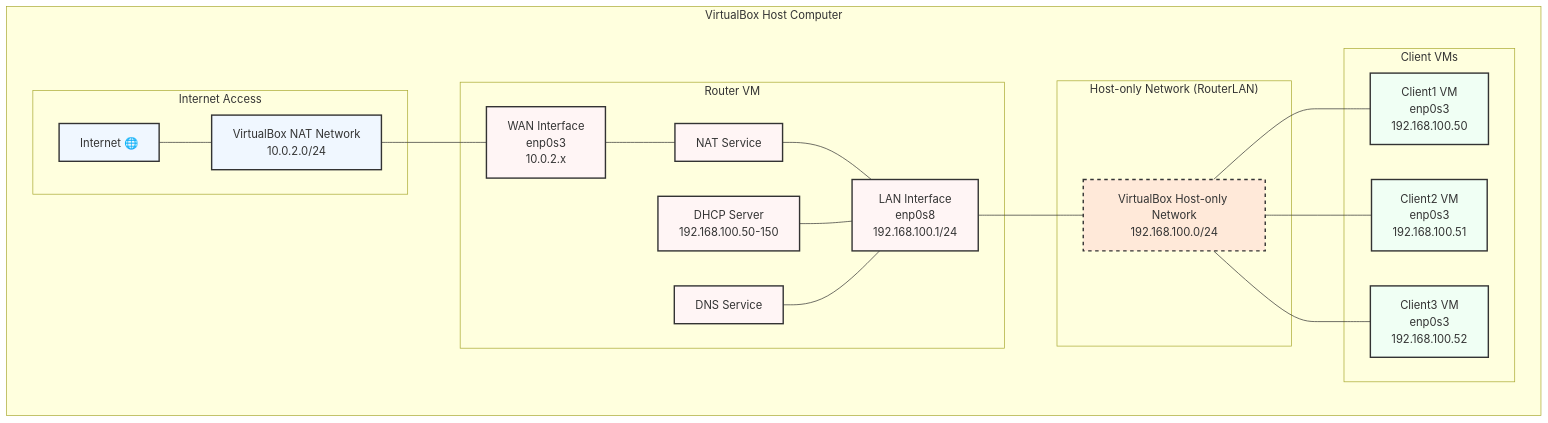
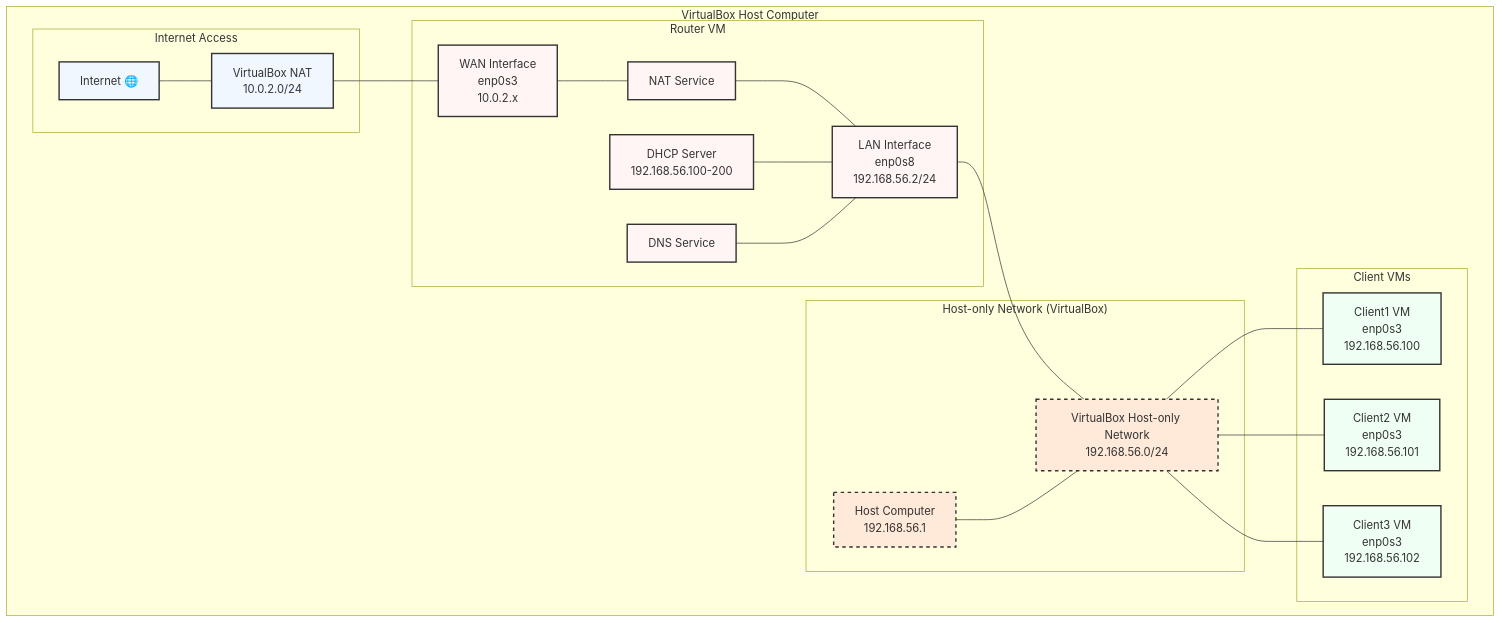
The diagram in Labs/Lab_13_1Linux_Router_Virutalbox.md (Haapsalu-Kutsehariduskeskus/av), drawn with Mermaid before and after one commit. The commit also changed other lines of this file, not shown here.

````diff
--- a/Labs/Lab_13_1Linux_Router_Virutalbox.md
+++ b/Labs/Lab_13_1Linux_Router_Virutalbox.md
@@ -21,49 +10,51 @@
 ```mermaid
 graph TD
     subgraph "VirtualBox Host Computer"
         subgraph "Internet Access"
             Internet[Internet 🌐]
-            NATNetwork[VirtualBox NAT Network\n10.0.2.0/24]
+            NAT[VirtualBox NAT\n10.0.2.0/24]
         end
         
         subgraph "Router VM"
             R_WAN[WAN Interface\nenp0s3\n10.0.2.x]
-            R_LAN[LAN Interface\nenp0s8\n192.168.100.1/24]
-            NAT[NAT Service]
-            DHCP[DHCP Server\n192.168.100.50-150]
+            R_LAN[LAN Interface\nenp0s8\n192.168.56.2/24]
+            NAT_Service[NAT Service]
+            DHCP[DHCP Server\n192.168.56.100-200]
             DNS[DNS Service]
             
-            R_WAN --- NAT
-            NAT --- R_LAN
+            R_WAN --- NAT_Service
+            NAT_Service --- R_LAN
             DHCP --- R_LAN
             DNS --- R_LAN
         end
         
-        subgraph "Host-only Network (RouterLAN)"
-            HostNet[VirtualBox Host-only Network\n192.168.100.0/24]
+        subgraph "Host-only Network (VirtualBox)"
+            HostNet[VirtualBox Host-only Network\n192.168.56.0/24]
+            HostInterface[Host Computer\n192.168.56.1]
         end
         
         subgraph "Client VMs"
-            C1[Client1 VM\nenp0s3\n192.168.100.50]
-            C2[Client2 VM\nenp0s3\n192.168.100.51]
-            C3[Client3 VM\nenp0s3\n192.168.100.52]
+            C1[Client1 VM\nenp0s3\n192.168.56.100]
+            C2[Client2 VM\nenp0s3\n192.168.56.101]
+            C3[Client3 VM\nenp0s3\n192.168.56.102]
         end
         
-        Internet --- NATNetwork
-        NATNetwork --- R_WAN
+        Internet --- NAT
+        NAT --- R_WAN
         R_LAN --- HostNet
+        HostInterface --- HostNet
         HostNet --- C1
         HostNet --- C2
         HostNet --- C3
     end
     
     classDef internet fill:#f0f7ff,stroke:#333,stroke-width:2px;
     classDef router fill:#fff5f5,stroke:#333,stroke-width:2px;
     classDef client fill:#f0fff4,stroke:#333,stroke-width:2px;
     classDef network fill:#ffe9d9,stroke:#333,stroke-width:2px,stroke-dasharray: 5 5;
     
-    class Internet,NATNetwork internet;
-    class R_WAN,R_LAN,NAT,DHCP,DNS router;
+    class Internet,NAT internet;
+    class R_WAN,R_LAN,NAT_Service,DHCP,DNS router;
     class C1,C2,C3 client;
-    class HostNet network;
+    class HostNet,HostInterface network;
 ```
````
